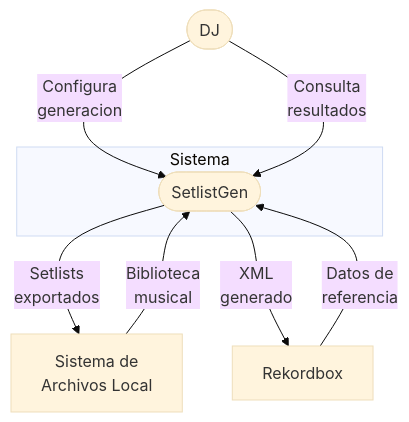
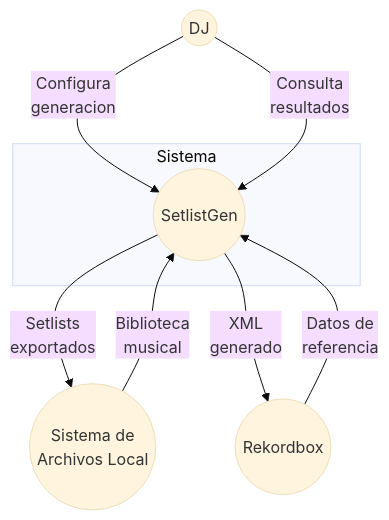
The diagram in docs/memory/Book/diagrams/Actores.md (pabloo806/Trabajo-de-Fin-de-Grado), drawn with Mermaid (base theme) before and after one commit.

Commit message:
Update diagram syntax for Actores.md

````diff
--- a/docs/memory/Book/diagrams/Actores.md
+++ b/docs/memory/Book/diagrams/Actores.md
@@ -1,21 +1,20 @@
 ```mermaid
 flowchart TB
 
-    DJ([DJ])
-
+    DJ((DJ))
     subgraph Sistema
-        SG([SetlistGen])
+        SG((SetlistGen))
     end
 
-    FS[Sistema de<br/>Archivos Local]
-    RB[Rekordbox]
+    FS((Sistema de<br/>Archivos Local))
+    RB((Rekordbox))
 
     DJ -->|Configura<br/>generacion| SG
     DJ -->|Consulta<br/>resultados| SG
 
     FS -->|Biblioteca<br/>musical| SG
     SG -->|Setlists<br/>exportados| FS
 
     SG -->|XML<br/>generado| RB
     RB -->|Datos de<br/>referencia| SG
 ```
````
